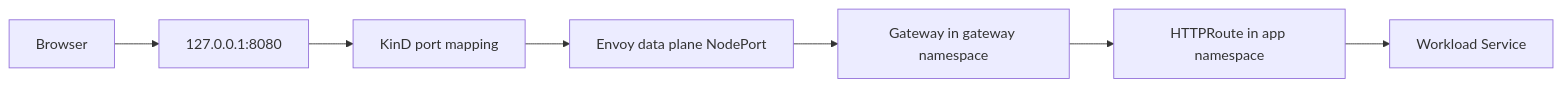
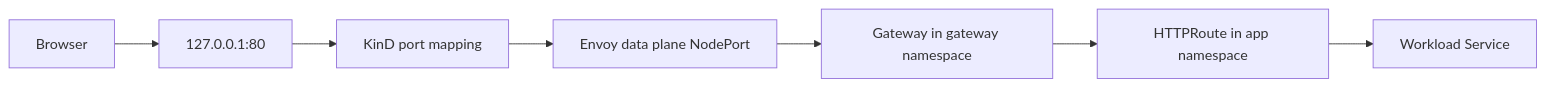
One commit to Ithamir/backstage-k8s-full changed the diagram in charts/platform/edge-gateway/docs/index.md. Above: the diagram before and after it, drawn with Mermaid. The commit also changed 13 other files, not shown here.

````diff
--- a/charts/platform/edge-gateway/docs/index.md
+++ b/charts/platform/edge-gateway/docs/index.md
@@ -9,9 +9,9 @@
 ```mermaid
 flowchart LR
-  browser[Browser] --> host[127.0.0.1:8080]
+  browser[Browser] --> host[127.0.0.1:80]
   host --> kind[KinD port mapping]
   kind --> nodeport[Envoy data plane NodePort]
   nodeport --> gateway[Gateway in gateway namespace]
   gateway --> route[HTTPRoute in app namespace]
   route --> service[Workload Service]
 ```
````
